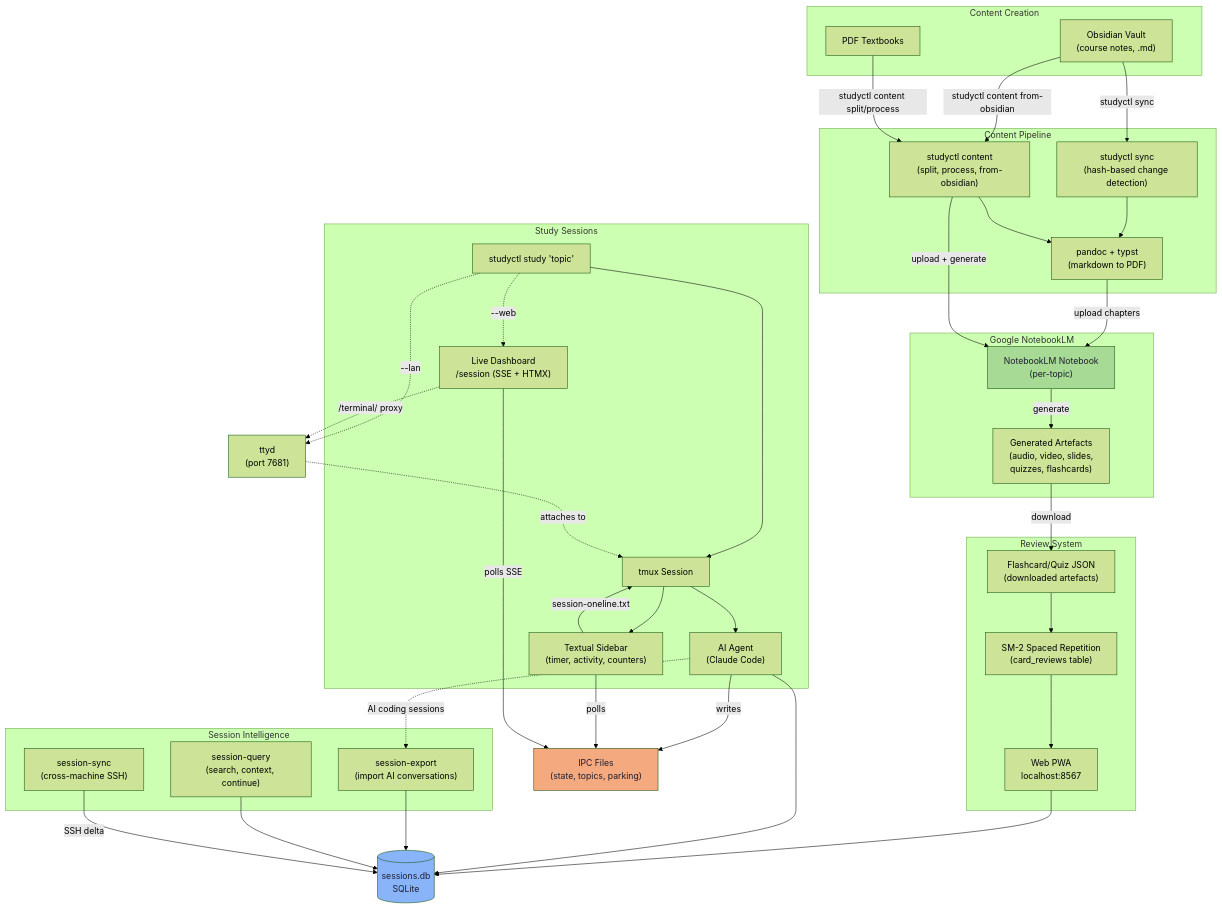
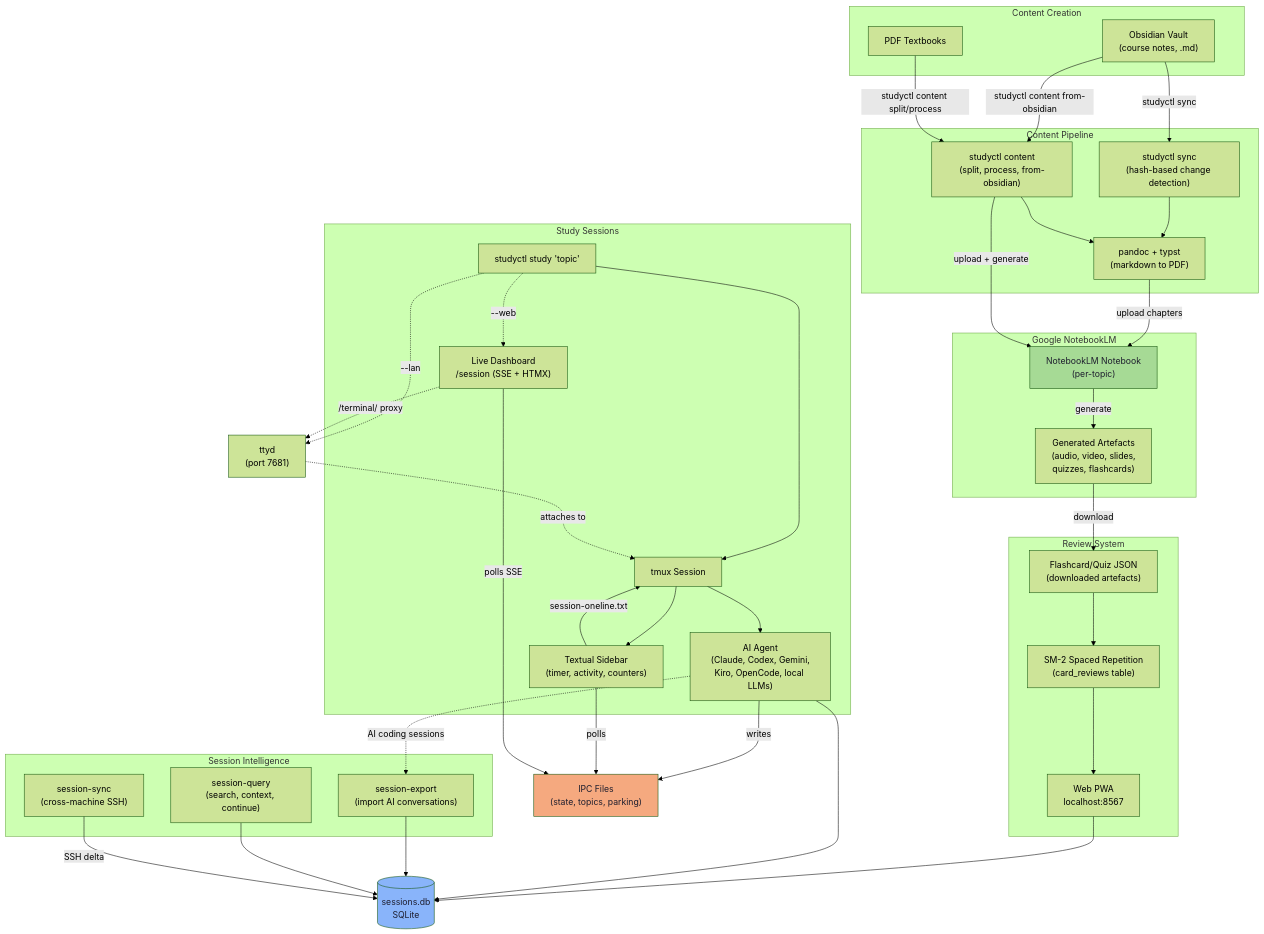
Before and after one commit to NetDevAutomate/StudyLoop: the first of 9 diagrams in docs/system-overview.md, drawn with Mermaid (forest theme). The commit also changed other lines of this file and 8 other files, not shown here.

Commit message:
docs: refresh architecture and release docs

````diff
--- a/docs/system-overview.md
+++ b/docs/system-overview.md
@@ -9,75 +11,75 @@
 ```mermaid
 graph TB
     subgraph "Content Creation"
         OV["Obsidian Vault<br/>(course notes, .md)"]
         PDF["PDF Textbooks"]
     end
 
     subgraph "Content Pipeline"
         SYNC["studyctl sync<br/>(hash-based change detection)"]
         CONTENT["studyctl content<br/>(split, process, from-obsidian)"]
         PANDOC["pandoc + typst<br/>(markdown to PDF)"]
     end
 
     subgraph "Google NotebookLM"
         NB["NotebookLM Notebook<br/>(per-topic)"]
         ART["Generated Artefacts<br/>(audio, video, slides,<br/>quizzes, flashcards)"]
     end
 
     subgraph "Review System"
         FC["Flashcard/Quiz JSON<br/>(downloaded artefacts)"]
         SM2["SM-2 Spaced Repetition<br/>(card_reviews table)"]
         WEB["Web PWA<br/>localhost:8567"]
     end
 
     subgraph "Study Sessions"
         STUDY["studyctl study 'topic'"]
         TMUX["tmux Session"]
-        AGENT["AI Agent<br/>(Claude Code)"]
+        AGENT["AI Agent<br/>(Claude, Codex, Gemini,<br/>Kiro, OpenCode, local LLMs)"]
         SIDEBAR["Textual Sidebar<br/>(timer, activity, counters)"]
         DASH["Live Dashboard<br/>/session (SSE + HTMX)"]
     end
 
     subgraph "Session Intelligence"
         EXPORT["session-export<br/>(import AI conversations)"]
         QUERY["session-query<br/>(search, context, continue)"]
         SSYNC["session-sync<br/>(cross-machine SSH)"]
     end
 
     DB[(sessions.db<br/>SQLite)]
     IPC["IPC Files<br/>(state, topics, parking)"]
 
     OV -->|"studyctl sync"| SYNC
     OV -->|"studyctl content from-obsidian"| CONTENT
     PDF -->|"studyctl content split/process"| CONTENT
     SYNC --> PANDOC -->|upload chapters| NB
     CONTENT --> PANDOC
     CONTENT -->|upload + generate| NB
     NB -->|generate| ART
     ART -->|download| FC
     FC --> SM2
     SM2 --> WEB
     WEB --> DB
 
     STUDY --> TMUX
     TMUX --> AGENT
     TMUX --> SIDEBAR
     STUDY -.->|"--web"| DASH
     STUDY -.->|"--lan"| TTYD["ttyd<br/>(port 7681)"]
     TTYD -.->|"attaches to"| TMUX
     DASH -.->|"/terminal/ proxy"| TTYD
     AGENT -->|writes| IPC
     SIDEBAR -->|polls| IPC
     DASH -->|polls SSE| IPC
     AGENT --> DB
     SIDEBAR -->|session-oneline.txt| TMUX
 
     AGENT -.->|"AI coding sessions"| EXPORT
     EXPORT --> DB
     QUERY --> DB
     SSYNC -->|"SSH delta"| DB
 
     style DB fill:#89b4fa,color:#1e1e2e
     style IPC fill:#f5a97f,color:#1e1e2e
     style NB fill:#a6da95,color:#1e1e2e
 ```
````
